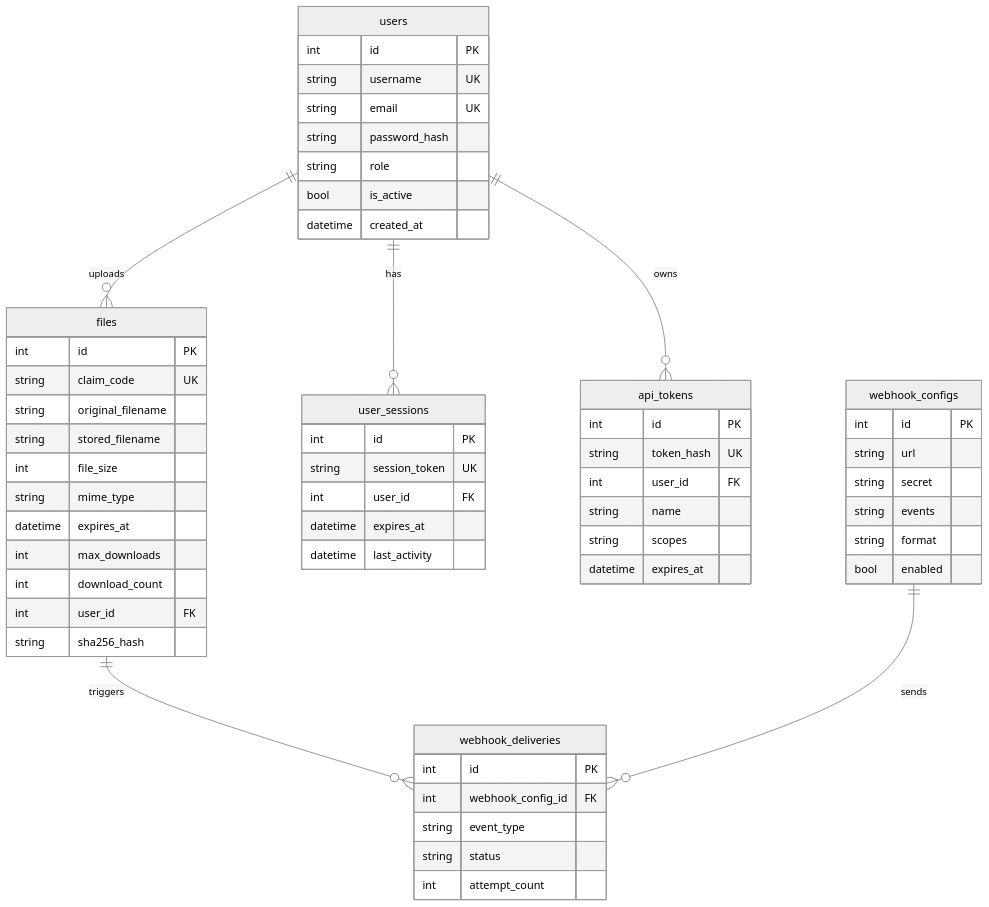
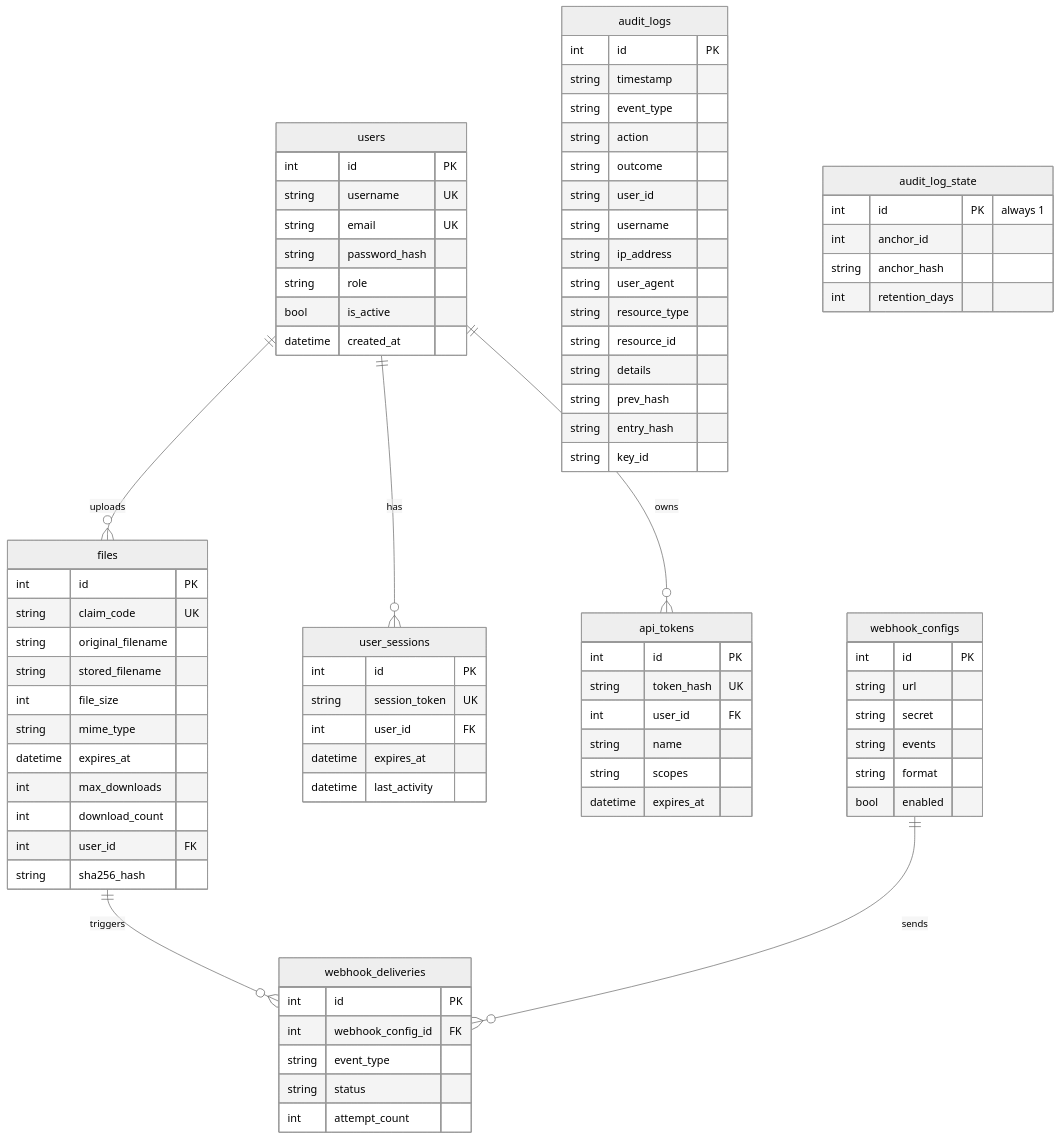
Before and after one commit to fjmerc/safeshare: the seventh of 8 diagrams in docs/ARCHITECTURE.md, drawn with Mermaid (neutral theme). The commit also changed other lines of this file and 13 other files, not shown here.

````diff
--- a/docs/ARCHITECTURE.md
+++ b/docs/ARCHITECTURE.md
@@ -308,4 +309,29 @@
         string status
         int attempt_count
     }
+
+    audit_logs {
+        int id PK
+        string timestamp
+        string event_type
+        string action
+        string outcome
+        string user_id
+        string username
+        string ip_address
+        string user_agent
+        string resource_type
+        string resource_id
+        string details
+        string prev_hash
+        string entry_hash
+        string key_id
+    }
+
+    audit_log_state {
+        int id PK "always 1"
+        int anchor_id
+        string anchor_hash
+        int retention_days
+    }
 ```
````
